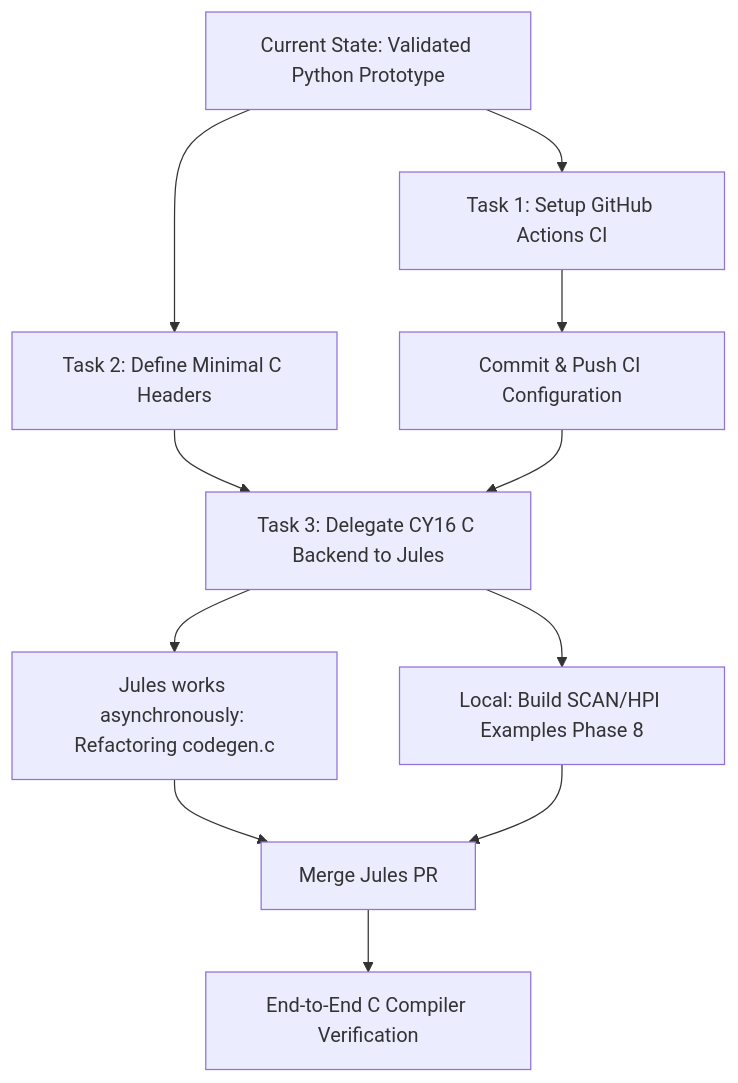
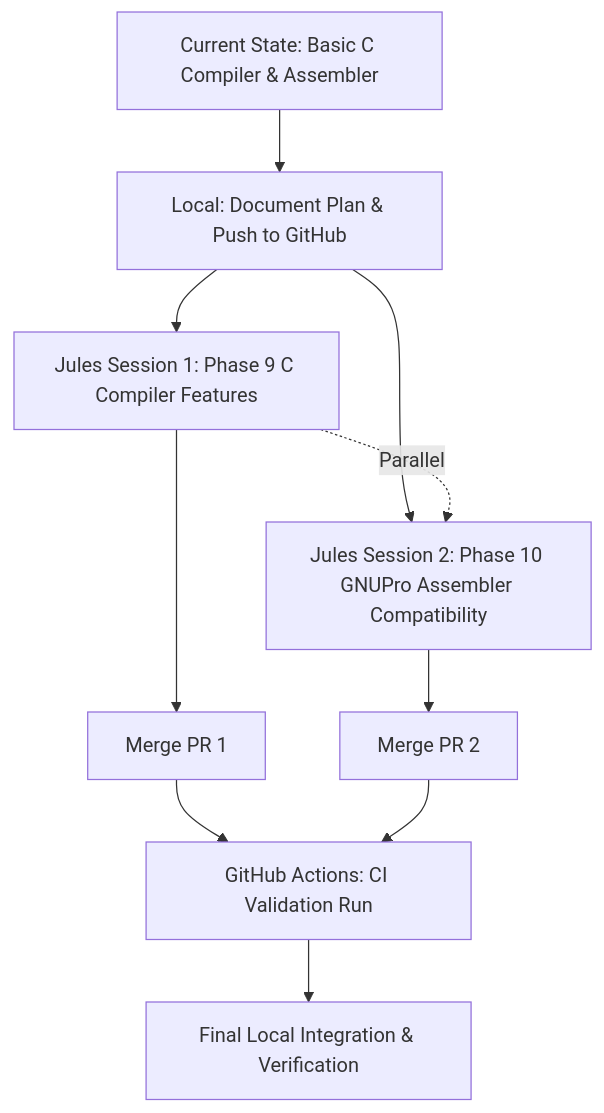
The diagram in docs/ORCHESTRATION_PLAN.md (mark-e-deyoung/CY16-bootstrap), drawn with Mermaid before and after one commit. The commit also changed other lines of this file, not shown here.

Commit message:
docs: Update orchestration plan for Phase 9 and 10 parallel delegation

````diff
--- a/docs/ORCHESTRATION_PLAN.md
+++ b/docs/ORCHESTRATION_PLAN.md
@@ -32,13 +38,12 @@
 ```mermaid
 graph TD
-    A[Current State: Validated Python Prototype] --> B[Task 1: Setup GitHub Actions CI]
-    A --> C[Task 2: Define Minimal C Headers]
-    B --> D[Commit & Push CI Configuration]
-    C --> E[Task 3: Delegate CY16 C Backend to Jules]
-    D --> E
-    E --> F[Jules works asynchronously: Refactoring codegen.c]
-    E --> G[Local: Build SCAN/HPI Examples Phase 8]
-    F --> H[Merge Jules PR]
-    G --> H
-    H --> I[End-to-End C Compiler Verification]
+    A[Current State: Basic C Compiler & Assembler] --> B[Local: Document Plan & Push to GitHub]
+    B --> C[Jules Session 1: Phase 9 C Compiler Features]
+    B --> D[Jules Session 2: Phase 10 GNUPro Assembler Compatibility]
+    C -.-> |Parallel| D
+    C --> E[Merge PR 1]
+    D --> F[Merge PR 2]
+    E --> G[GitHub Actions: CI Validation Run]
+    F --> G
+    G --> H[Final Local Integration & Verification]
 ```
````
